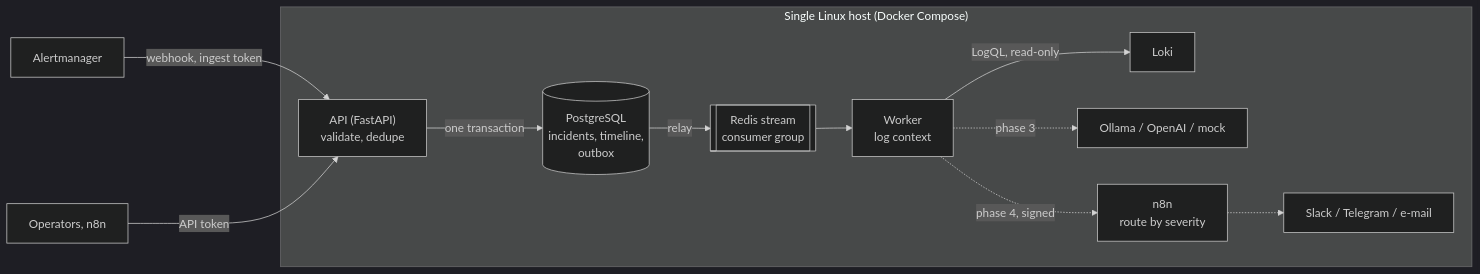
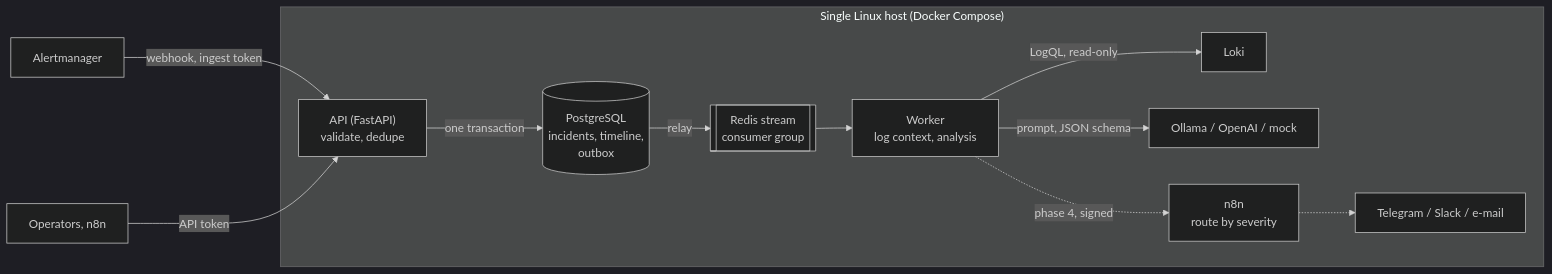
Before and after one commit to ali-fakhrabadi/aiops-n8n-incident-engine: the diagram in README.md, drawn with Mermaid (dark theme). The commit also changed other lines of this file and 38 other files, not shown here.

First line of the commit message:
feat: add root-cause analysis with Ollama, OpenAI or a deterministic mock

````diff
--- a/README.md
+++ b/README.md
@@ -19,14 +20,14 @@
 ```mermaid
 flowchart LR
     am["Alertmanager"] -->|webhook, ingest token| api
     subgraph host["Single Linux host (Docker Compose)"]
         api["API (FastAPI)<br/>validate, dedupe"] -->|one transaction| pg[("PostgreSQL<br/>incidents, timeline,<br/>outbox")]
         pg -->|relay| q[["Redis stream<br/>consumer group"]]
-        q --> worker["Worker<br/>log context"]
+        q --> worker["Worker<br/>log context, analysis"]
         worker -->|LogQL, read-only| loki["Loki"]
-        worker -.->|phase 3| llm["Ollama / OpenAI / mock"]
+        worker -->|prompt, JSON schema| llm["Ollama / OpenAI / mock"]
         worker -.->|phase 4, signed| n8n["n8n<br/>route by severity"]
-        n8n -.-> ch["Slack / Telegram / e-mail"]
+        n8n -.-> ch["Telegram / Slack / e-mail"]
     end
     ops["Operators, n8n"] -->|API token| api
 ```
````
